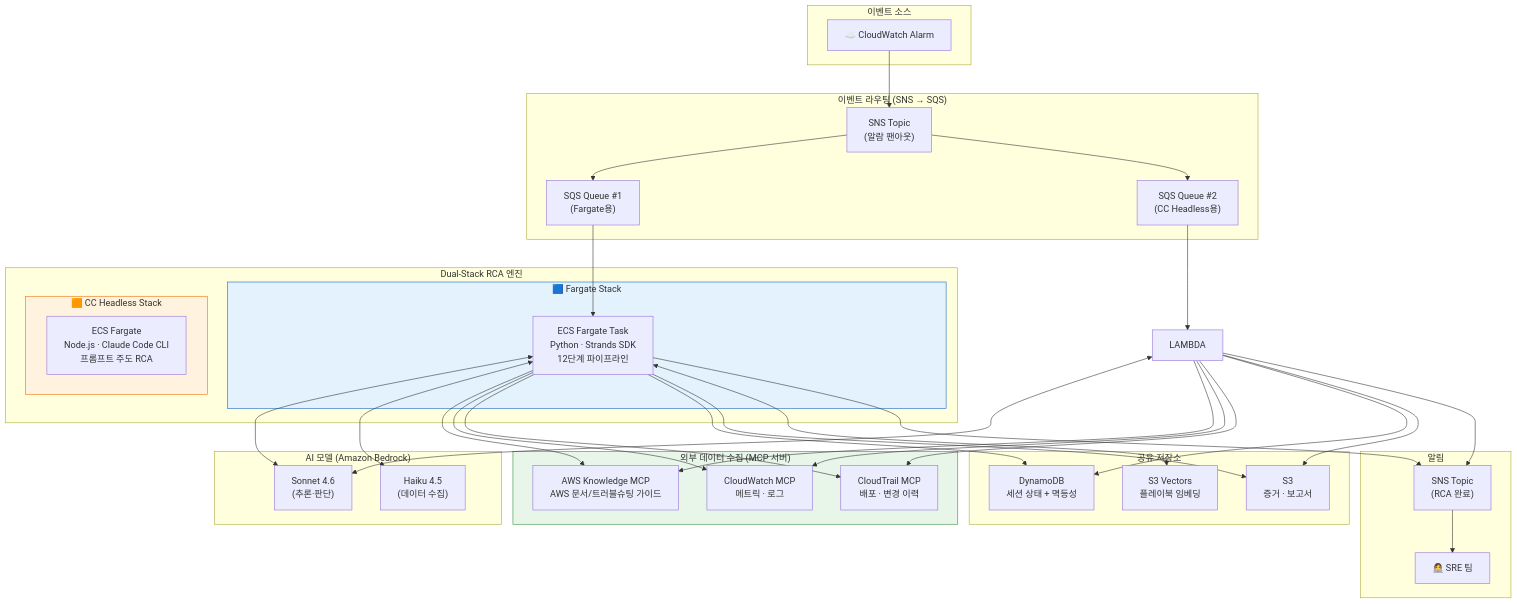
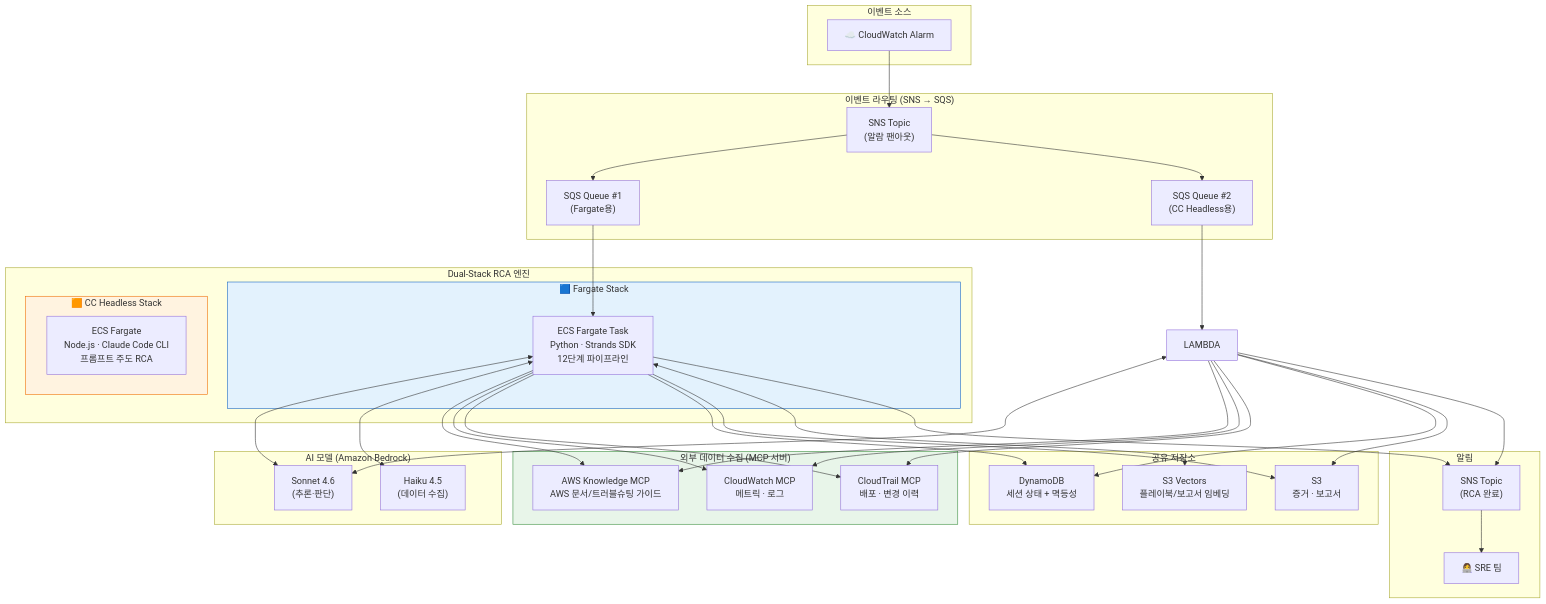
One commit to haandol/rca-agent changed the second of 22 diagrams in docs/system-guide-for-ops.md. Above: the diagram before and after it, drawn with Mermaid. The commit also changed other lines of this file and 7 other files, not shown here.

First line of the commit message:
docs: 보고서/플레이북 스키마 확장 및 유사 보고서 검색(ADR 0016) 반영

````diff
--- a/docs/system-guide-for-ops.md
+++ b/docs/system-guide-for-ops.md
@@ -46,72 +46,72 @@
 ```mermaid
 graph TB
     subgraph EventSource["이벤트 소스"]
         CW["☁️ CloudWatch Alarm"]
     end
 
     subgraph Routing["이벤트 라우팅 (SNS → SQS)"]
         SNS["SNS Topic<br/>(알람 팬아웃)"]
         SQS_F["SQS Queue #1<br/>(Fargate용)"]
         SQS_L["SQS Queue #2<br/>(CC Headless용)"]
     end
 
     subgraph DualStack["Dual-Stack RCA 엔진"]
         subgraph FargateStack["🟦 Fargate Stack"]
             ECS["ECS Fargate Task<br/>Python · Strands SDK<br/>12단계 파이프라인"]
         end
         subgraph CcHeadlessStack["🟧 CC Headless Stack"]
             CCFARGATE["ECS Fargate<br/>Node.js · Claude Code CLI<br/>프롬프트 주도 RCA"]
         end
     end
 
     subgraph Tools["외부 데이터 수집 (MCP 서버)"]
         AK["AWS Knowledge MCP<br/>AWS 문서/트러블슈팅 가이드"]
         CW_MCP["CloudWatch MCP<br/>메트릭 · 로그"]
         CT_MCP["CloudTrail MCP<br/>배포 · 변경 이력"]
     end
 
     subgraph LLM["AI 모델 (Amazon Bedrock)"]
         SONNET["Sonnet 4.6<br/>(추론·판단)"]
         HAIKU["Haiku 4.5<br/>(데이터 수집)"]
     end
 
     subgraph SharedStorage["공유 저장소"]
         DDB["DynamoDB<br/>세션 상태 + 멱등성"]
         S3["S3<br/>증거 · 보고서"]
-        S3V["S3 Vectors<br/>플레이북 임베딩"]
+        S3V["S3 Vectors<br/>플레이북/보고서 임베딩"]
     end
 
     subgraph Notify["알림"]
         SNS_OUT["SNS Topic<br/>(RCA 완료)"]
         SRE["👩‍💻 SRE 팀"]
     end
 
     CW --> SNS
     SNS --> SQS_F --> ECS
     SNS --> SQS_L --> LAMBDA
 
     ECS <--> SONNET
     ECS <--> HAIKU
     LAMBDA <--> SONNET
 
     ECS --> AK
     ECS --> CW_MCP
     ECS --> CT_MCP
     LAMBDA --> AK
     LAMBDA --> CW_MCP
     LAMBDA --> CT_MCP
 
     ECS --> DDB
     ECS --> S3
     ECS <--> S3V
     LAMBDA --> DDB
     LAMBDA --> S3
 
     ECS --> SNS_OUT
     LAMBDA --> SNS_OUT
     SNS_OUT --> SRE
 
     style FargateStack fill:#e3f2fd,stroke:#1565c0
     style CcHeadlessStack fill:#fff3e0,stroke:#ef6c00
     style Tools fill:#e8f5e9,stroke:#388e3c
 ```
````
